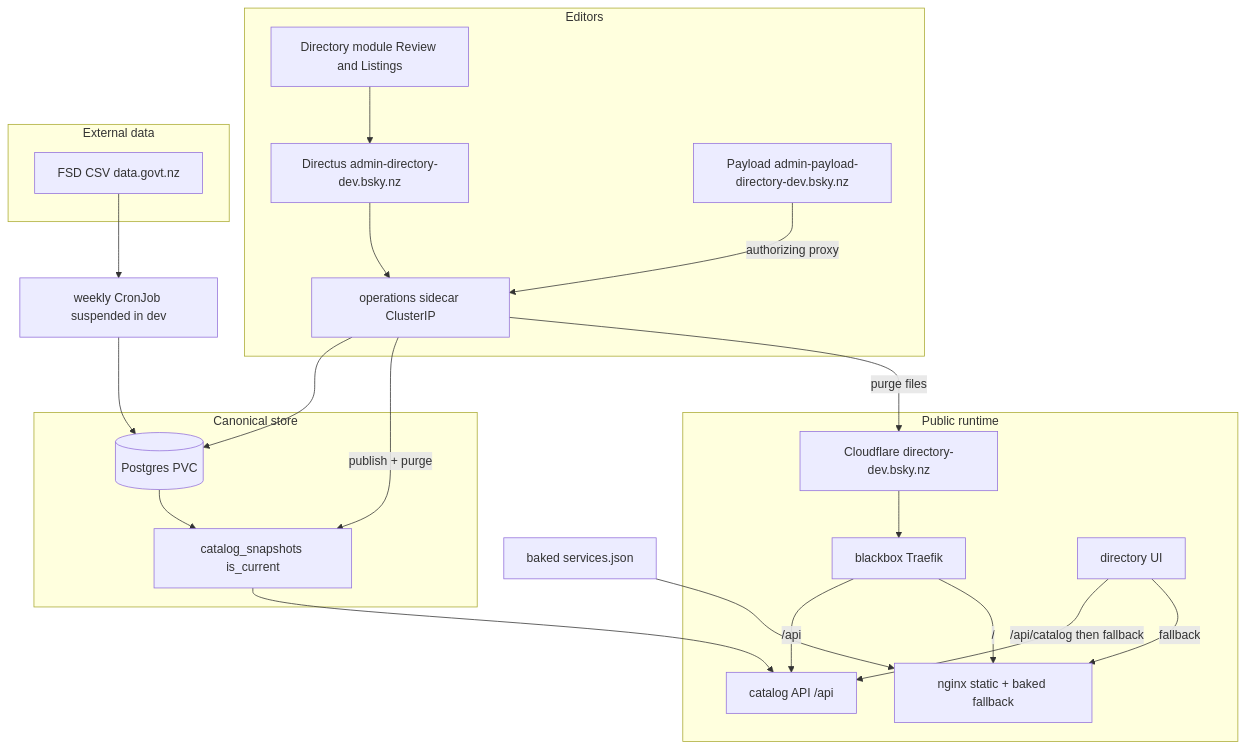
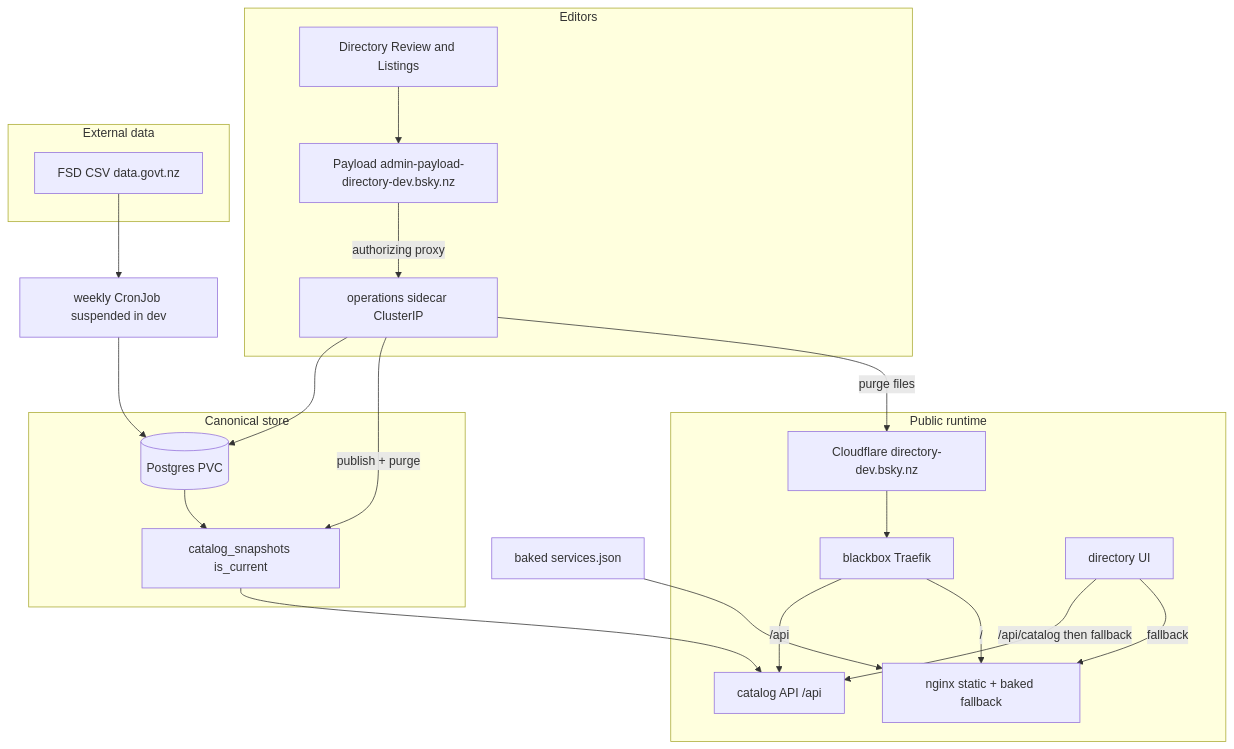
Before and after one commit to irab/porirua-locality-preview: the diagram in docs/architecture/porirua-directory-architecture.md, drawn with Mermaid. The commit also changed other lines of this file and 20 other files, not shown here.

````diff
--- a/docs/architecture/porirua-directory-architecture.md
+++ b/docs/architecture/porirua-directory-architecture.md
@@ -27,37 +27,36 @@
 ```mermaid
 flowchart TB
   subgraph editors [Editors]
-    Directus[Directus admin-directory-dev.bsky.nz]
     Payload[Payload admin-payload-directory-dev.bsky.nz]
     Ops[operations sidecar ClusterIP]
-    Module[Directory module Review and Listings]
+    Module[Directory Review and Listings]
   end
   subgraph external [External data]
     FSD[FSD CSV data.govt.nz]
   end
   subgraph data [Canonical store]
     PG[(Postgres PVC)]
     Snap[catalog_snapshots is_current]
   end
   subgraph public [Public runtime]
     CF[Cloudflare directory-dev.bsky.nz]
     BB[blackbox Traefik]
     API[catalog API /api]
     Nginx[nginx static + baked fallback]
     UI[directory UI]
   end
-  Module --> Directus
+  Module --> Payload
   Payload -->|authorizing proxy| Ops
   FSD --> Sync[weekly CronJob suspended in dev]
   Sync --> PG
-  Directus --> Ops --> PG
+  Ops --> PG
   Ops -->|publish + purge| Snap
   Ops -->|purge files| CF
   PG --> Snap --> API
   JSON[baked services.json] --> Nginx
   UI -->|/api/catalog then fallback| API
   UI -->|fallback| Nginx
   CF --> BB
   BB -->|/api| API
   BB -->|/| Nginx
 ```
````
